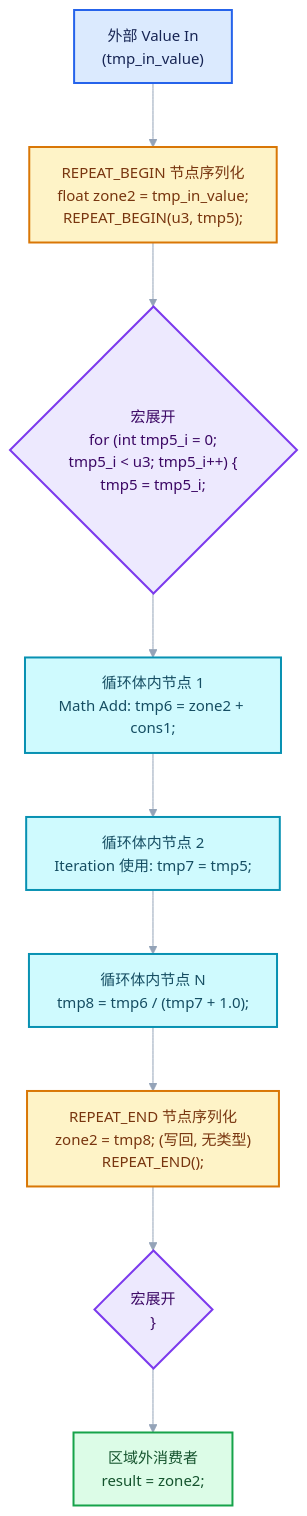
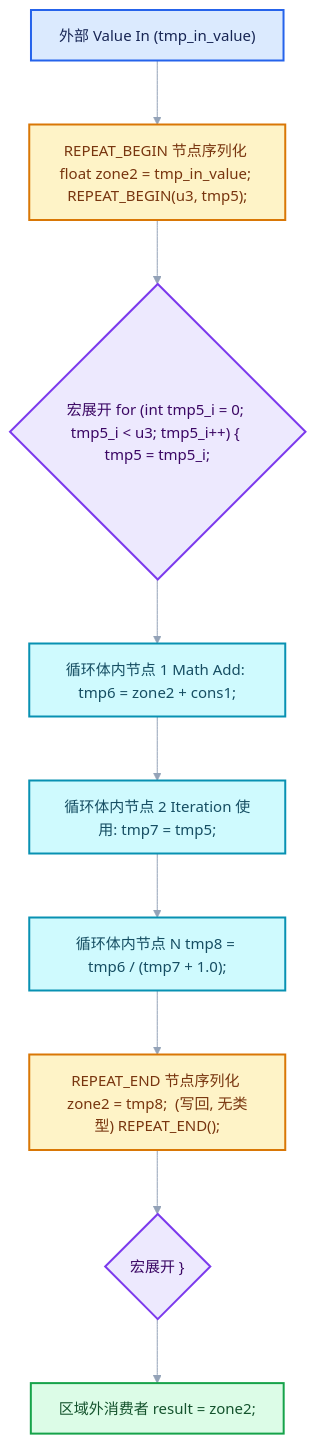
Before and after one commit to yunkezengren/blender-.vscode: the third of 4 diagrams in 杂/markdown/重复区域-dsh/05-跨后端实现/02-GPU着色器与GPU_stack_link_zone.md, drawn with Mermaid. The commit also changed other lines of this file and 27 other files, not shown here.

````diff
--- a/杂/markdown/重复区域-dsh/05-跨后端实现/02-GPU着色器与GPU_stack_link_zone.md
+++ b/杂/markdown/重复区域-dsh/05-跨后端实现/02-GPU着色器与GPU_stack_link_zone.md
@@ -676,22 +665,22 @@
 ```mermaid
 %%{init: {"theme":"base","themeVariables":{"fontFamily":"\"Segoe UI\",\"Microsoft YaHei\",sans-serif","fontSize":"15px","lineColor":"#94A3B8","edgeLabelBackground":"#FFFFFF","clusterBkg":"#F8FAFC","clusterBorder":"#CBD5E1"},"flowchart":{"htmlLabels":false,"curve":"basis","nodeSpacing":52,"rankSpacing":64,"padding":14,"diagramPadding":16,"useMaxWidth":true},"sequence":{"useMaxWidth":true,"wrap":true,"mirrorActors":false,"messageMargin":36}}}%%
 flowchart TD
-    A["外部 Value In<br/>(tmp_in_value)"]:::input --> B["REPEAT_BEGIN 节点序列化<br/>float zone2 = tmp_in_value;<br/>REPEAT_BEGIN(u3, tmp5);"]:::compute
+    A["外部 Value In (tmp_in_value)"]:::input --> B["REPEAT_BEGIN 节点序列化 float zone2 = tmp_in_value; REPEAT_BEGIN(u3, tmp5);"]:::compute
 
-    B --> C{"宏展开<br/>for (int tmp5_i = 0;<br/>tmp5_i &lt; u3; tmp5_i++) {<br/>tmp5 = tmp5_i;"}:::abstraction
+    B --> C{"宏展开 for (int tmp5_i = 0; tmp5_i &lt; u3; tmp5_i++) { tmp5 = tmp5_i;"}:::abstraction
 
-    C --> D["循环体内节点 1<br/>Math Add: tmp6 = zone2 + cons1;"]:::data
-    D --> E["循环体内节点 2<br/>Iteration 使用: tmp7 = tmp5;"]:::data
-    E --> F["循环体内节点 N<br/>tmp8 = tmp6 / (tmp7 + 1.0);"]:::data
+    C --> D["循环体内节点 1 Math Add: tmp6 = zone2 + cons1;"]:::data
+    D --> E["循环体内节点 2 Iteration 使用: tmp7 = tmp5;"]:::data
+    E --> F["循环体内节点 N tmp8 = tmp6 / (tmp7 + 1.0);"]:::data
 
-    F --> G["REPEAT_END 节点序列化<br/>zone2 = tmp8;  (写回, 无类型)<br/>REPEAT_END();"]:::compute
-    G --> H{"宏展开<br/>}"}:::abstraction
-    H --> I["区域外消费者<br/>result = zone2;"]:::result
+    F --> G["REPEAT_END 节点序列化 zone2 = tmp8;  (写回, 无类型) REPEAT_END();"]:::compute
+    G --> H{"宏展开 }"}:::abstraction
+    H --> I["区域外消费者 result = zone2;"]:::result
 
     classDef input fill:#DBEAFE,stroke:#2563EB,color:#172554,stroke-width:2px;
     classDef data fill:#CFFAFE,stroke:#0891B2,color:#164E63,stroke-width:2px;
     classDef abstraction fill:#EDE9FE,stroke:#7C3AED,color:#3B0764,stroke-width:2px;
     classDef compute fill:#FEF3C7,stroke:#D97706,color:#78350F,stroke-width:2px;
     classDef result fill:#DCFCE7,stroke:#16A34A,color:#14532D,stroke-width:2px;
     classDef error fill:#FEE2E2,stroke:#DC2626,color:#7F1D1D,stroke-width:2px;
 ```
````
